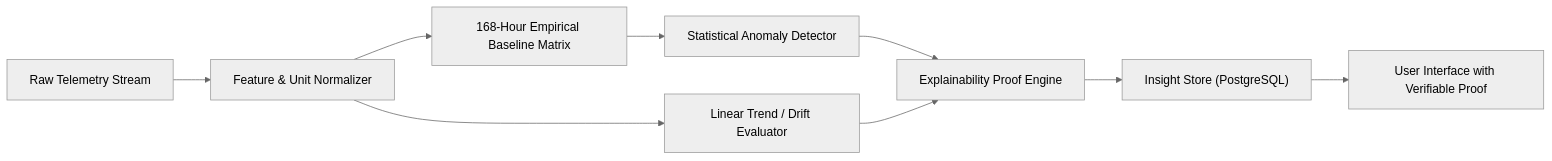
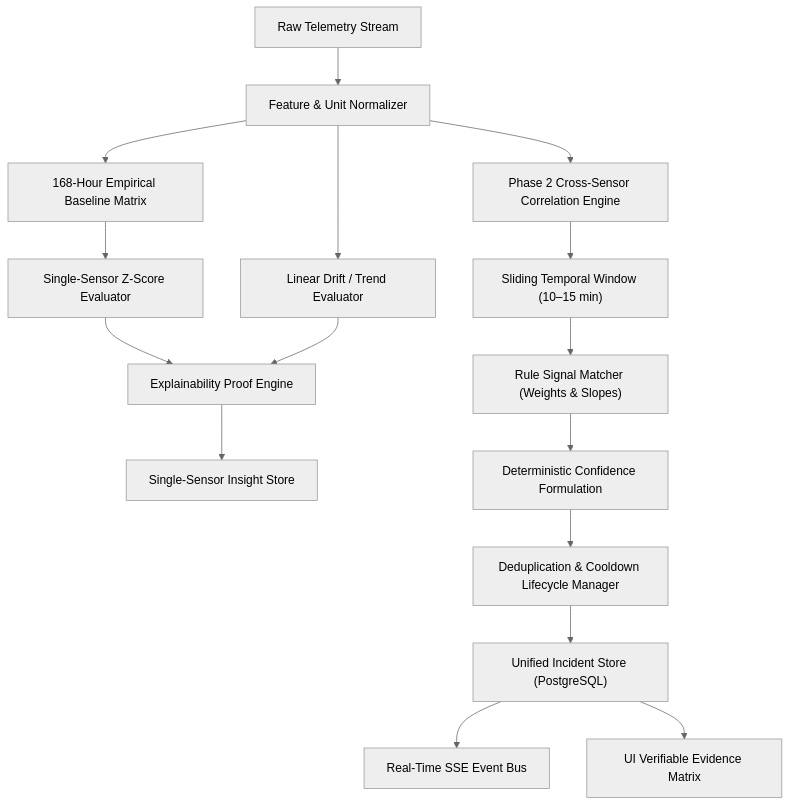
Before and after one commit to aadeeshsh15-netizen/home-intelligence-platform: the first of 2 diagrams in docs/intelligence.md, drawn with Mermaid (neutral theme). The commit also changed other lines of this file and 22 other files, not shown here.

First line of the commit message:
feat(intelligence): implement Phase 2 Cross-Sensor Incident Intelligence Engine

````diff
--- a/docs/intelligence.md
+++ b/docs/intelligence.md
@@ -9,11 +9,19 @@
 ```mermaid
-graph LR
+graph TD
     T["Raw Telemetry Stream"] --> FE["Feature & Unit Normalizer"]
     FE --> B["168-Hour Empirical Baseline Matrix"]
-    B --> AD["Statistical Anomaly Detector"]
-    FE --> DRIFT["Linear Trend / Drift Evaluator"]
+    B --> AD["Single-Sensor Z-Score Evaluator"]
+    FE --> DRIFT["Linear Drift / Trend Evaluator"]
     AD --> EXP["Explainability Proof Engine"]
     DRIFT --> EXP
-    EXP --> STORE["Insight Store (PostgreSQL)"]
-    STORE --> UI["User Interface with Verifiable Proof"]
+    EXP --> STORE["Single-Sensor Insight Store"]
+
+    FE --> CC["Phase 2 Cross-Sensor Correlation Engine"]
+    CC --> CM["Sliding Temporal Window (10–15 min)"]
+    CM --> CR["Rule Signal Matcher (Weights & Slopes)"]
+    CR --> MATH["Deterministic Confidence Formulation"]
+    MATH --> DEDUP["Deduplication & Cooldown Lifecycle Manager"]
+    DEDUP --> INC_STORE["Unified Incident Store (PostgreSQL)"]
+    INC_STORE --> SSE_BUS["Real-Time SSE Event Bus"]
+    INC_STORE --> UI["UI Verifiable Evidence Matrix"]
 ```
````
